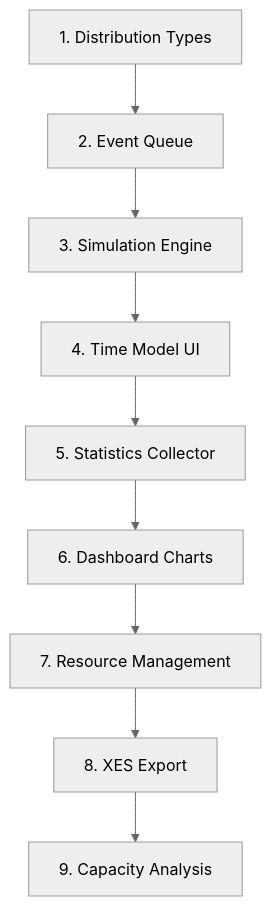
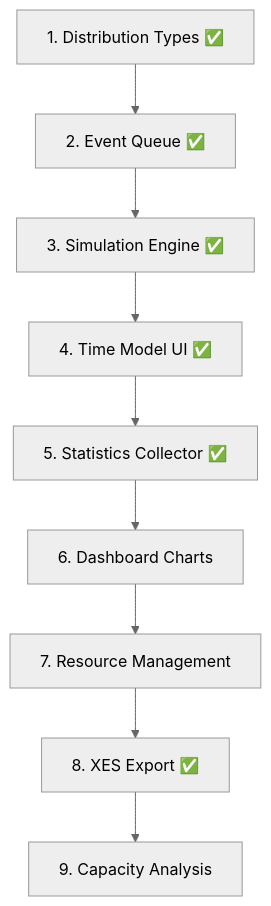
Before and after one commit to woped/woped-next: the fifth of 5 diagrams in docs/migration/07-quantitative-simulation.md, drawn with Mermaid (neutral theme). The commit also changed other lines of this file and 42 other files, not shown here.

````diff
--- a/docs/migration/07-quantitative-simulation.md
+++ b/docs/migration/07-quantitative-simulation.md
@@ -365,11 +365,11 @@
 ```mermaid
 flowchart TD
-    S1[1. Distribution Types] --> S2[2. Event Queue]
-    S2 --> S3[3. Simulation Engine]
-    S3 --> S4[4. Time Model UI]
-    S4 --> S5[5. Statistics Collector]
+    S1[1. Distribution Types ✅] --> S2[2. Event Queue ✅]
+    S2 --> S3[3. Simulation Engine ✅]
+    S3 --> S4[4. Time Model UI ✅]
+    S4 --> S5[5. Statistics Collector ✅]
     S5 --> S6[6. Dashboard Charts]
     S6 --> S7[7. Resource Management]
-    S7 --> S8[8. XES Export]
+    S7 --> S8[8. XES Export ✅]
     S8 --> S9[9. Capacity Analysis]
 ```
````
